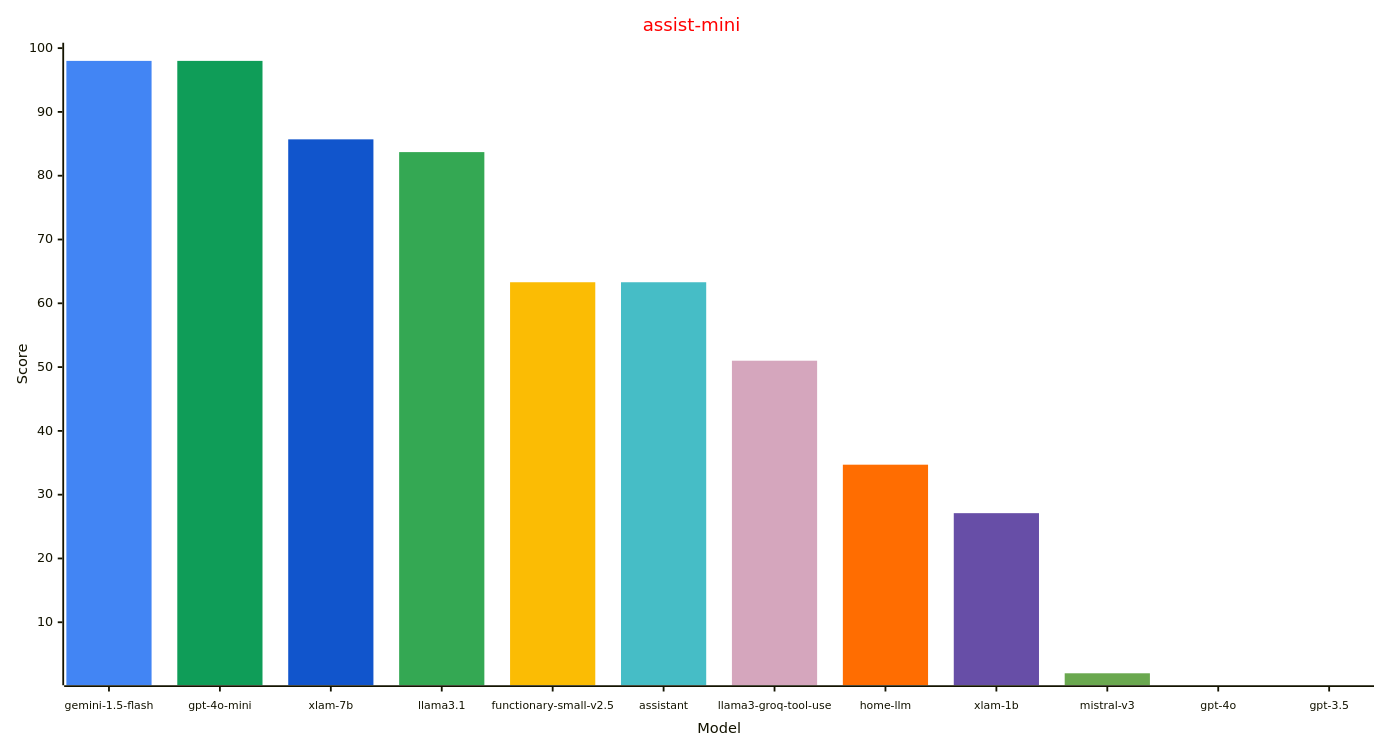
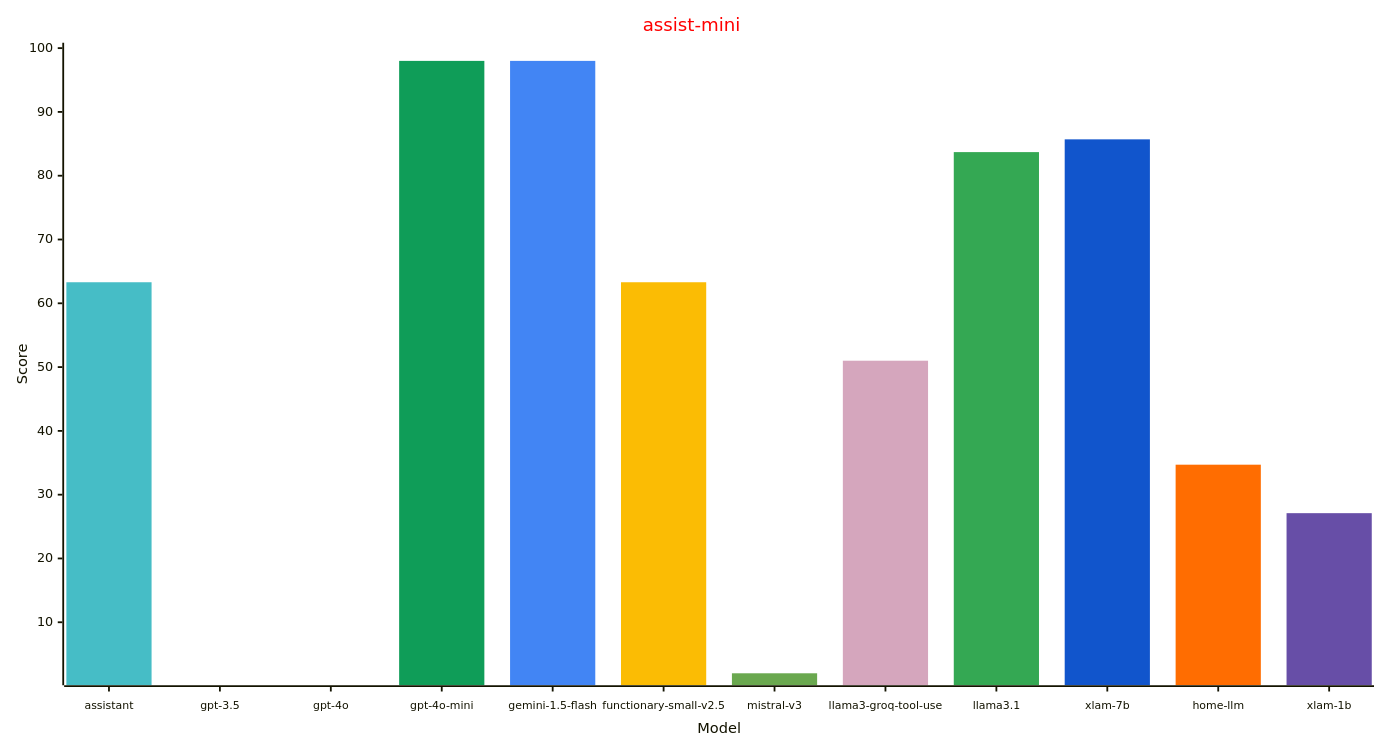
The second of 3 diagrams in reports/leaderboard.md (allenporter/home-assistant-datasets), drawn with Mermaid before and after one commit. The commit also changed other lines of this file and 3 other files, not shown here.

````diff
--- a/reports/leaderboard.md
+++ b/reports/leaderboard.md
@@ -47,32 +47,32 @@
 ```mermaid
 ---
 config:
     xyChart:
         width: 1500
         height: 800
         xAxis:
           labelFontSize: 12
           labelPadding: 8
     themeVariables:
         xyChart:
             titleColor: "#ff0000"
-            plotColorPalette: "#4285f4, #0f9d58, #1155cc, #34a853, #fbbc04, #46bdc6, #d5a6bd, #ff6d01, #674ea7, #6aa84f, #f4b400, #ea4335"
+            plotColorPalette: "#46bdc6, #ea4335, #f4b400, #0f9d58, #4285f4, #fbbc04, #6aa84f, #d5a6bd, #34a853, #1155cc, #ff6d01, #674ea7"
 
 ---
 xychart-beta
   title "assist-mini"
-  x-axis "Model" [gemini-1.5-flash, gpt-4o-mini, xlam-7b, llama3.1, functionary-small-v2.5, assistant, llama3-groq-tool-use, home-llm, xlam-1b, mistral-v3, gpt-4o, gpt-3.5]
+  x-axis "Model" [assistant, gpt-3.5, gpt-4o, gpt-4o-mini, gemini-1.5-flash, functionary-small-v2.5, mistral-v3, llama3-groq-tool-use, llama3.1, xlam-7b, home-llm, xlam-1b]
   y-axis "Score" 1 --> 100
-  bar [98.0, 0.0, 0.0, 0.0, 0.0, 0.0, 0.0, 0.0, 0.0, 0.0, 0.0, 0.0]
-  bar [0.0, 98.0, 0.0, 0.0, 0.0, 0.0, 0.0, 0.0, 0.0, 0.0, 0.0, 0.0]
-  bar [0.0, 0.0, 85.7, 0.0, 0.0, 0.0, 0.0, 0.0, 0.0, 0.0, 0.0, 0.0]
-  bar [0.0, 0.0, 0.0, 83.7, 0.0, 0.0, 0.0, 0.0, 0.0, 0.0, 0.0, 0.0]
-  bar [0.0, 0.0, 0.0, 0.0, 63.3, 0.0, 0.0, 0.0, 0.0, 0.0, 0.0, 0.0]
-  bar [0.0, 0.0, 0.0, 0.0, 0.0, 63.3, 0.0, 0.0, 0.0, 0.0, 0.0, 0.0]
-  bar [0.0, 0.0, 0.0, 0.0, 0.0, 0.0, 51.0, 0.0, 0.0, 0.0, 0.0, 0.0]
-  bar [0.0, 0.0, 0.0, 0.0, 0.0, 0.0, 0.0, 34.7, 0.0, 0.0, 0.0, 0.0]
-  bar [0.0, 0.0, 0.0, 0.0, 0.0, 0.0, 0.0, 0.0, 27.1, 0.0, 0.0, 0.0]
-  bar [0.0, 0.0, 0.0, 0.0, 0.0, 0.0, 0.0, 0.0, 0.0, 2.0, 0.0, 0.0]
+  bar [63.3, 0.0, 0.0, 0.0, 0.0, 0.0, 0.0, 0.0, 0.0, 0.0, 0.0, 0.0]
   bar [0.0, 0.0, 0.0, 0.0, 0.0, 0.0, 0.0, 0.0, 0.0, 0.0, 0.0, 0.0]
   bar [0.0, 0.0, 0.0, 0.0, 0.0, 0.0, 0.0, 0.0, 0.0, 0.0, 0.0, 0.0]
+  bar [0.0, 0.0, 0.0, 98.0, 0.0, 0.0, 0.0, 0.0, 0.0, 0.0, 0.0, 0.0]
+  bar [0.0, 0.0, 0.0, 0.0, 98.0, 0.0, 0.0, 0.0, 0.0, 0.0, 0.0, 0.0]
+  bar [0.0, 0.0, 0.0, 0.0, 0.0, 63.3, 0.0, 0.0, 0.0, 0.0, 0.0, 0.0]
+  bar [0.0, 0.0, 0.0, 0.0, 0.0, 0.0, 2.0, 0.0, 0.0, 0.0, 0.0, 0.0]
+  bar [0.0, 0.0, 0.0, 0.0, 0.0, 0.0, 0.0, 51.0, 0.0, 0.0, 0.0, 0.0]
+  bar [0.0, 0.0, 0.0, 0.0, 0.0, 0.0, 0.0, 0.0, 83.7, 0.0, 0.0, 0.0]
+  bar [0.0, 0.0, 0.0, 0.0, 0.0, 0.0, 0.0, 0.0, 0.0, 85.7, 0.0, 0.0]
+  bar [0.0, 0.0, 0.0, 0.0, 0.0, 0.0, 0.0, 0.0, 0.0, 0.0, 34.7, 0.0]
+  bar [0.0, 0.0, 0.0, 0.0, 0.0, 0.0, 0.0, 0.0, 0.0, 0.0, 0.0, 27.1]
 ```
````
